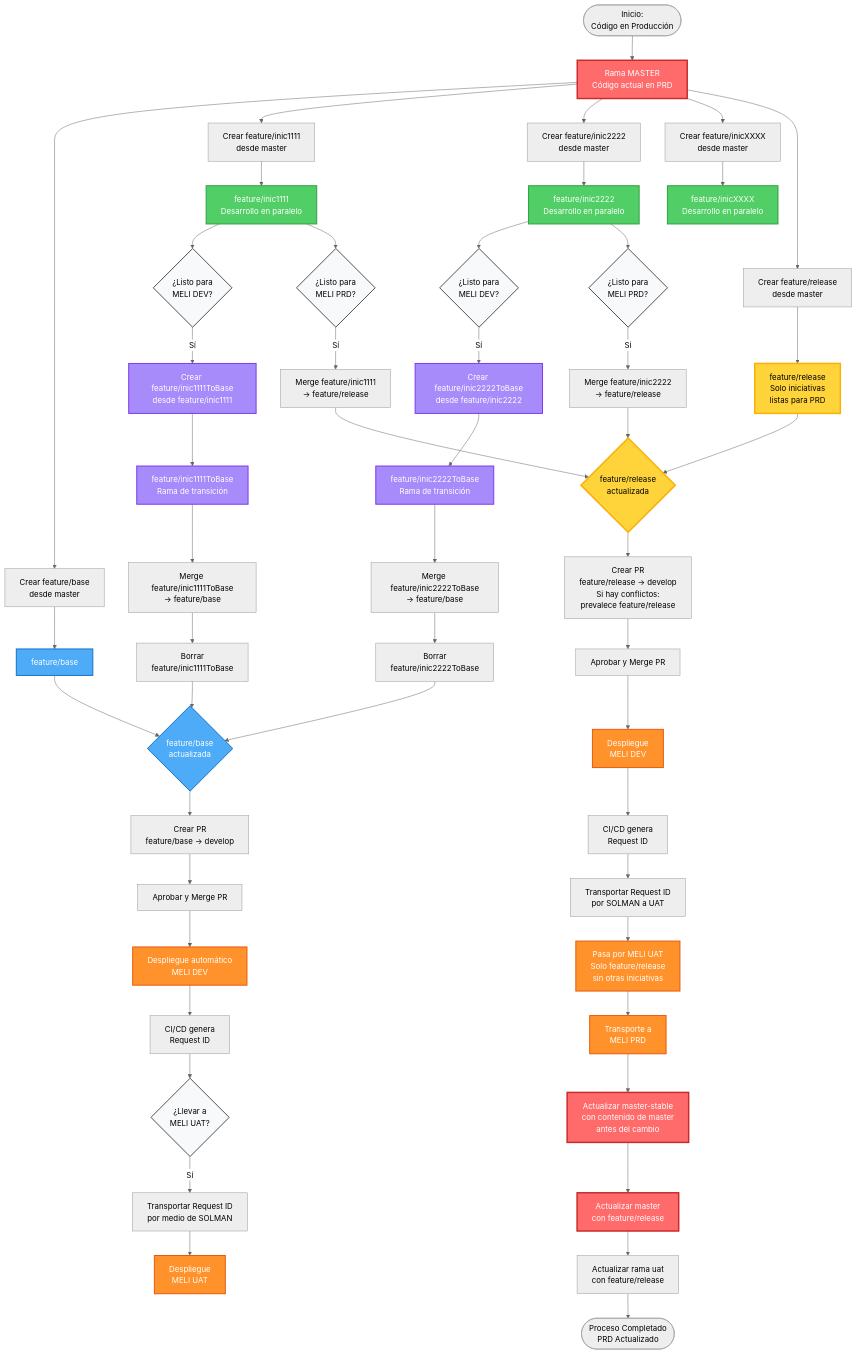
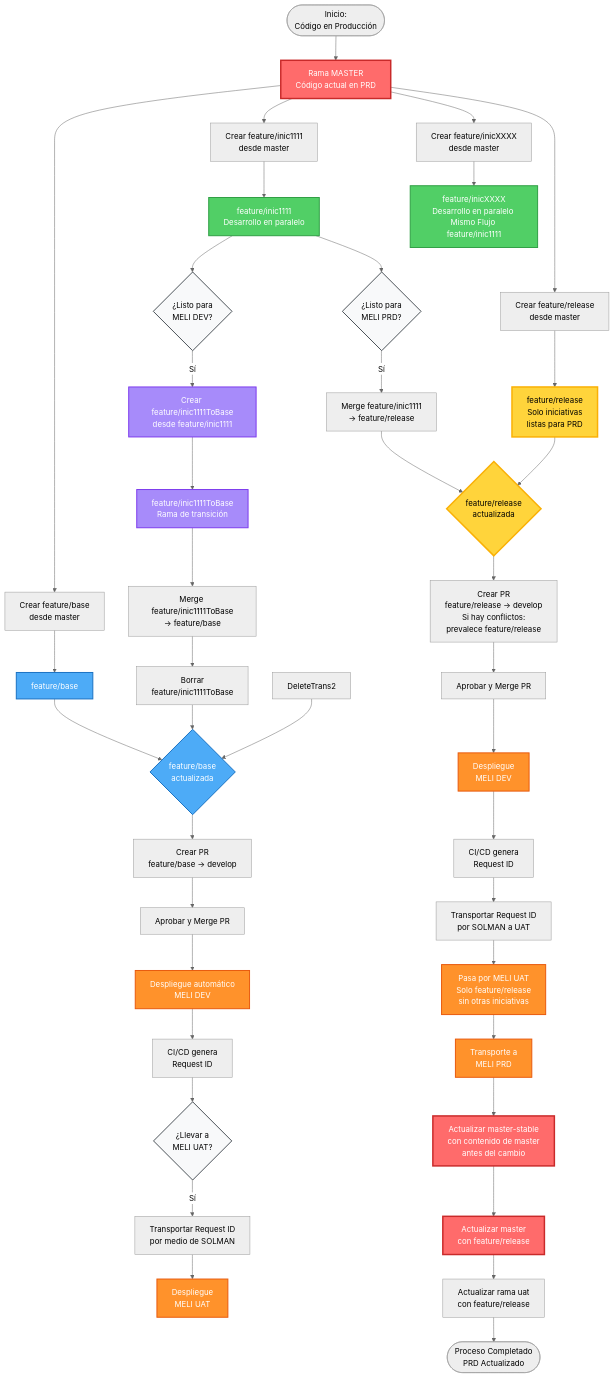
One commit to jajaramillo/flujo-github-paralelo changed the diagram in flujo-github-paralelo.md. Above: the diagram before and after it, drawn with Mermaid (neutral theme).

Commit message:
Refactor flowchart for GitHub parallel workflow

````diff
--- a/flujo-github-paralelo.md
+++ b/flujo-github-paralelo.md
@@ -7,14 +7,12 @@
     Start([Inicio:<br/>Código en Producción]) --> Master[Rama MASTER<br/>Código actual en PRD]
     
     Master --> CreateBase[Crear feature/base<br/>desde master]
-    Master --> CreateDev1[Crear feature/inic1111<br/>desde master]
-    Master --> CreateDev2[Crear feature/inic2222<br/>desde master]
+    Master --> CreateDev1[Crear feature/inic1111<br/>desde master]    
     Master --> CreateDevN[Crear feature/inicXXXX<br/>desde master]
     
     CreateBase --> Base[feature/base]
-    CreateDev1 --> Dev1[feature/inic1111<br/>Desarrollo en paralelo]
-    CreateDev2 --> Dev2[feature/inic2222<br/>Desarrollo en paralelo]
-    CreateDevN --> DevN[feature/inicXXXX<br/>Desarrollo en paralelo]
+    CreateDev1 --> Dev1[feature/inic1111<br/>Desarrollo en paralelo]    
+    CreateDevN --> DevN[feature/inicXXXX<br/>Desarrollo en paralelo Mismo Flujo feature/inic1111]
     
     %% Flujo para MELI DEV
     Dev1 --> DecisionDev1{¿Listo para<br/>MELI DEV?}
@@ -22,13 +20,7 @@
     CreateTrans1 --> Trans1[feature/inic1111ToBase<br/>Rama de transición]
     Trans1 --> MergeToBase1[Merge feature/inic1111ToBase<br/>→ feature/base]
     MergeToBase1 --> DeleteTrans1[Borrar<br/>feature/inic1111ToBase]
-    
-    Dev2 --> DecisionDev2{¿Listo para<br/>MELI DEV?}
-    DecisionDev2 -->|Sí| CreateTrans2[Crear feature/inic2222ToBase<br/>desde feature/inic2222]
-    CreateTrans2 --> Trans2[feature/inic2222ToBase<br/>Rama de transición]
-    Trans2 --> MergeToBase2[Merge feature/inic2222ToBase<br/>→ feature/base]
-    MergeToBase2 --> DeleteTrans2[Borrar<br/>feature/inic2222ToBase]
-    
+       
     DeleteTrans1 --> BaseLista{feature/base<br/>actualizada}
     DeleteTrans2 --> BaseLista
     Base --> BaseLista
@@ -45,16 +37,14 @@
     
     %% Flujo para MELI PRD
     Dev1 --> DecisionPRD1{¿Listo para<br/>MELI PRD?}
-    Dev2 --> DecisionPRD2{¿Listo para<br/>MELI PRD?}
+
     
     Master --> CreateRelease[Crear feature/release<br/>desde master]
     CreateRelease --> Release[feature/release<br/>Solo iniciativas<br/>listas para PRD]
     
     DecisionPRD1 -->|Sí| MergeToRelease1[Merge feature/inic1111<br/>→ feature/release]
-    DecisionPRD2 -->|Sí| MergeToRelease2[Merge feature/inic2222<br/>→ feature/release]
-    
+        
     MergeToRelease1 --> ReleaseLista{feature/release<br/>actualizada}
-    MergeToRelease2 --> ReleaseLista
     Release --> ReleaseLista
     
     ReleaseLista --> PRProd[Crear PR<br/>feature/release → develop<br/>Si hay conflictos:<br/>prevalece feature/release]
@@ -84,9 +74,9 @@
     
     class Master,UpdateMaster,UpdateStable masterStyle
     class Base,BaseLista baseStyle
-    class Dev1,Dev2,DevN devStyle
+    class Dev1,DevN devStyle
     class Release,ReleaseLista releaseStyle
-    class Trans1,Trans2,CreateTrans1,CreateTrans2 transStyle
+    class Trans1,CreateTrans1 transStyle
     class DeployDev,DeployUAT,DeployDevProd,TransportPRD,UATCheck deployStyle
-    class DecisionDev1,DecisionDev2,DecisionUAT,DecisionPRD1,DecisionPRD2 decisionStyle
+    class DecisionDev1,DecisionUAT,DecisionPRD1 decisionStyle
 ```
````
